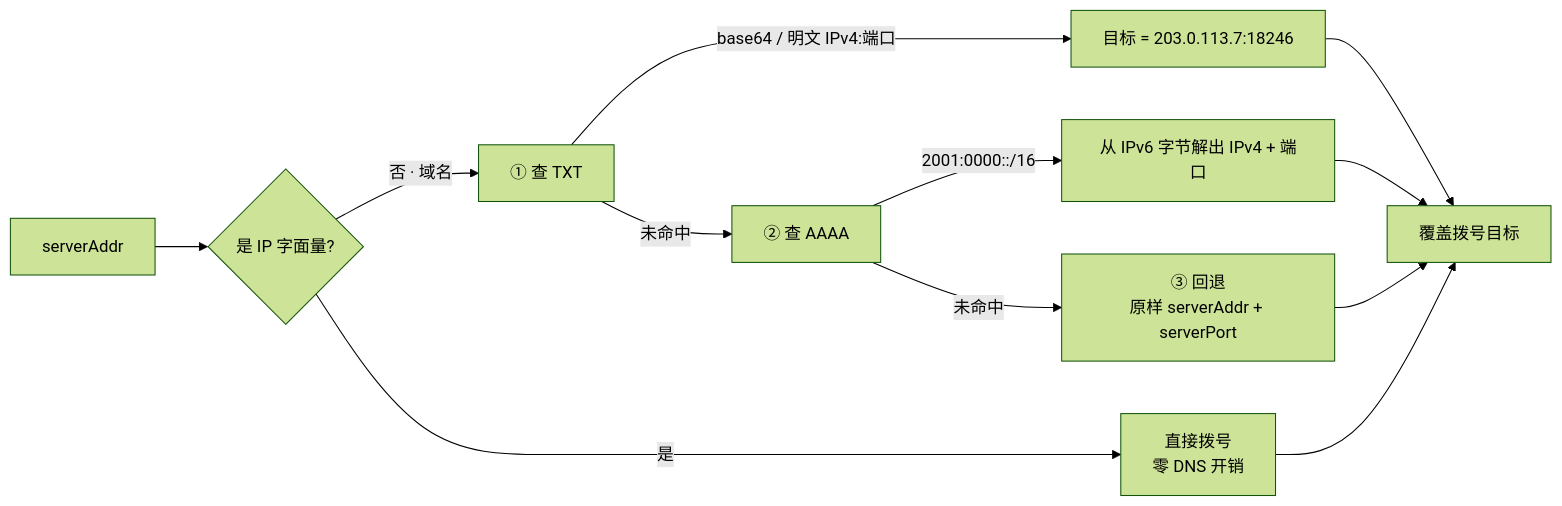
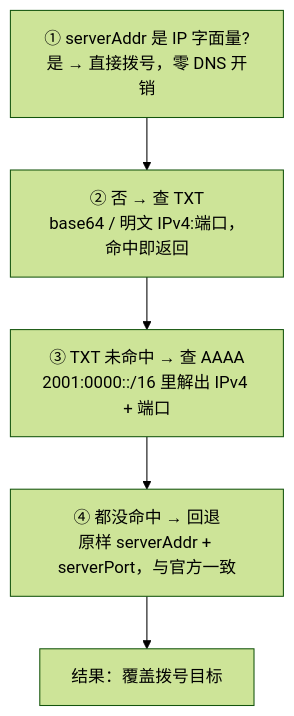
The third of 3 diagrams in README.md (wengjing086/rust-frp-wss-ip4p), drawn with Mermaid (forest theme) before and after one commit. The commit also changed other lines of this file, not shown here.

Commit message:
docs(readme): 横版流程图改纵向，避免 GitHub 按宽度缩放导致字太小

````diff
--- a/README.md
+++ b/README.md
@@ -179,14 +167,9 @@
 ```mermaid
-flowchart LR
-  A["serverAddr"] --> B{"是 IP 字面量?"}
-  B -->|"是"| Z["直接拨号<br/>零 DNS 开销"]
-  B -->|"否 · 域名"| C["① 查 TXT"]
-  C -->|"base64 / 明文 IPv4:端口"| D["目标 = 203.0.113.7:18246"]
-  C -->|"未命中"| E["② 查 AAAA"]
-  E -->|"2001:0000::/16"| F["从 IPv6 字节解出 IPv4 + 端口"]
-  E -->|"未命中"| G["③ 回退<br/>原样 serverAddr + serverPort"]
-  D --> H["覆盖拨号目标"]
-  F --> H
-  G --> H
-  Z --> H
+flowchart TB
+  A["① serverAddr 是 IP 字面量?<br/>是 → 直接拨号，零 DNS 开销"]
+  B["② 否 → 查 TXT<br/>base64 / 明文 IPv4:端口，命中即返回"]
+  C["③ TXT 未命中 → 查 AAAA<br/>2001:0000::/16 里解出 IPv4 + 端口"]
+  D["④ 都没命中 → 回退<br/>原样 serverAddr + serverPort，与官方一致"]
+  E["结果：覆盖拨号目标"]
+  A --> B --> C --> D --> E
 ```
````
